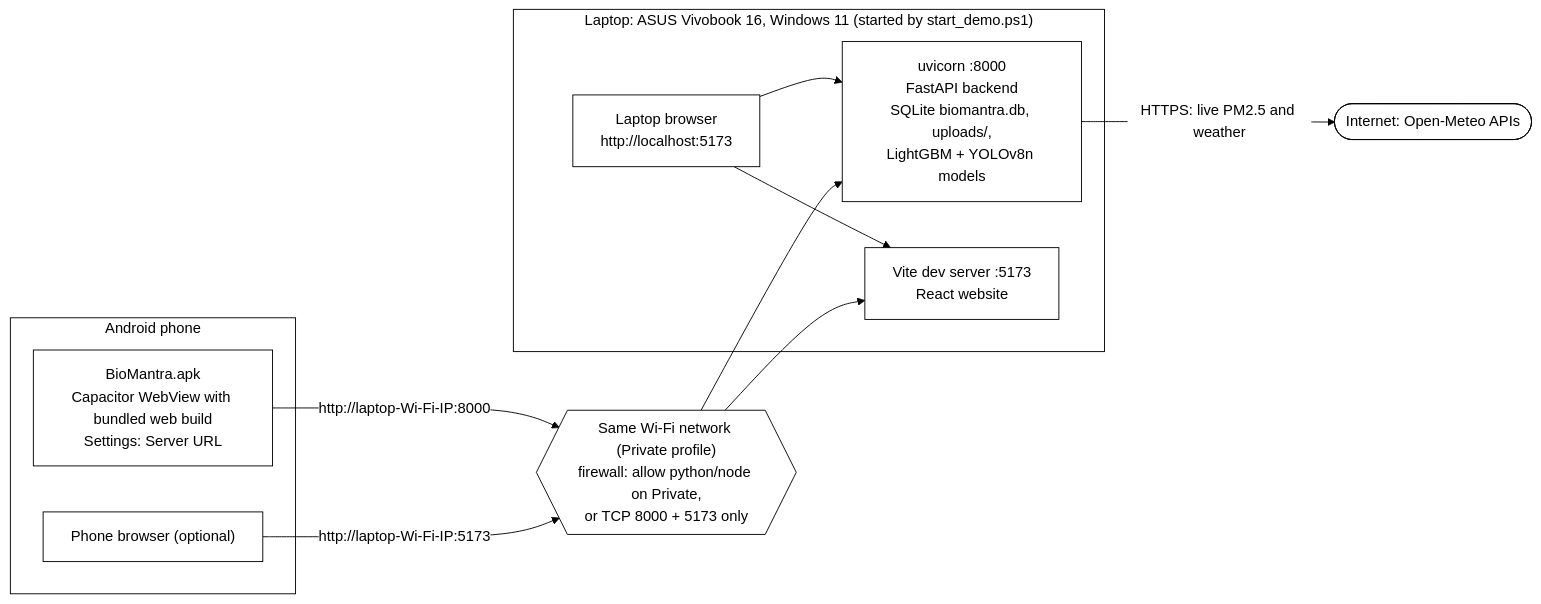
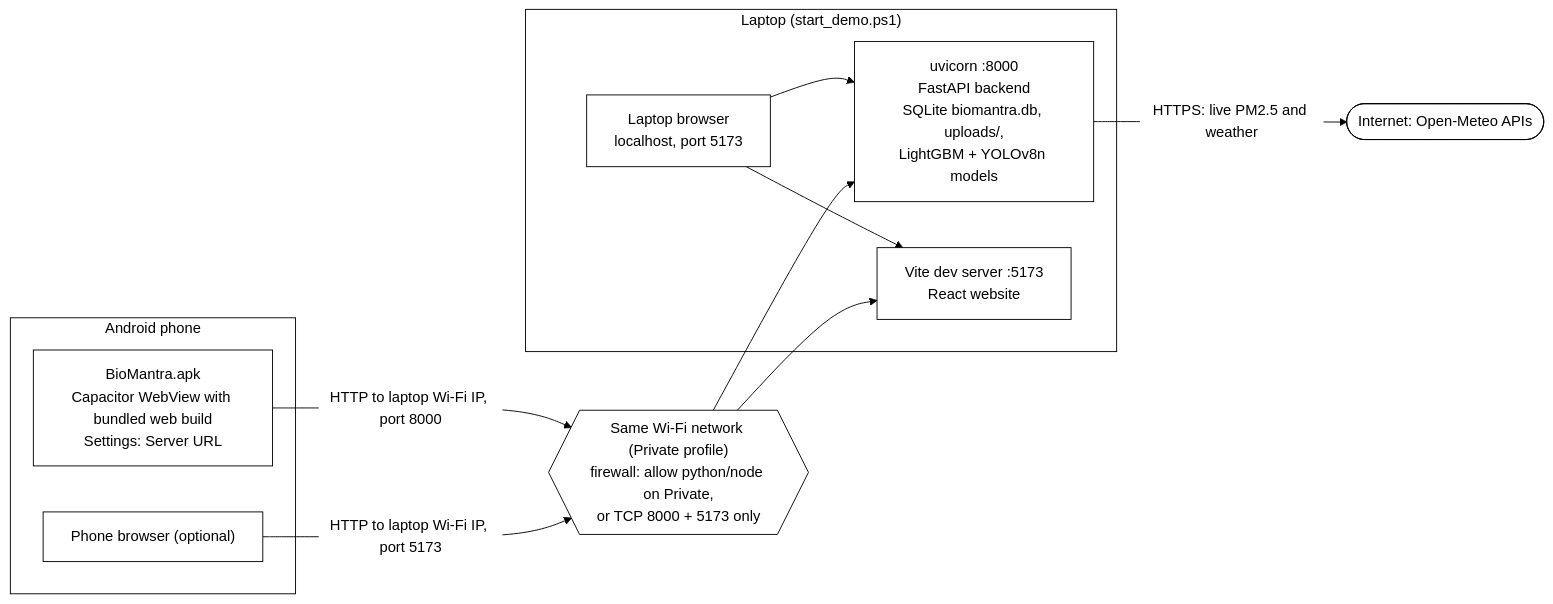
One commit to ArslanML-Dev/biomantra changed the diagram in docs/report_pack/diagrams/07_deployment.mmd. Above: the diagram before and after it, drawn with Mermaid. The commit also changed 3 other files, not shown here.

Commit message:
docs: fix Mermaid labels; report PDF built from the pack

```diff
--- a/docs/report_pack/diagrams/07_deployment.mmd
+++ b/docs/report_pack/diagrams/07_deployment.mmd
@@ -1,20 +1,20 @@
 %%{init: {"theme": "base", "themeVariables": {"background": "#ffffff", "primaryColor": "#ffffff", "primaryTextColor": "#000000", "primaryBorderColor": "#000000", "secondaryColor": "#ffffff", "tertiaryColor": "#ffffff", "lineColor": "#000000", "textColor": "#000000", "mainBkg": "#ffffff", "clusterBkg": "#ffffff", "clusterBorder": "#000000", "edgeLabelBackground": "#ffffff"}}}%%
 flowchart LR
-    subgraph Laptop["Laptop: ASUS Vivobook 16, Windows 11 (started by start_demo.ps1)"]
+    subgraph Laptop["Laptop (start_demo.ps1)"]
         UV["uvicorn :8000<br/>FastAPI backend<br/>SQLite biomantra.db, uploads/,<br/>LightGBM + YOLOv8n models"]
         VITE["Vite dev server :5173<br/>React website"]
-        LB["Laptop browser<br/>http://localhost:5173"]
+        LB["Laptop browser<br/>localhost, port 5173"]
         LB --> VITE
         LB --> UV
     end
     subgraph Phone["Android phone"]
         APK["BioMantra.apk<br/>Capacitor WebView with bundled web build<br/>Settings: Server URL"]
         PB["Phone browser (optional)"]
     end
     WIFI{{"Same Wi-Fi network (Private profile)<br/>firewall: allow python/node on Private,<br/>or TCP 8000 + 5173 only"}}
     NET(["Internet: Open-Meteo APIs"])
-    APK -- "http://laptop-Wi-Fi-IP:8000" --> WIFI
-    PB -- "http://laptop-Wi-Fi-IP:5173" --> WIFI
+    APK -- "HTTP to laptop Wi-Fi IP, port 8000" --> WIFI
+    PB -- "HTTP to laptop Wi-Fi IP, port 5173" --> WIFI
     WIFI --> UV
     WIFI --> VITE
     UV -- "HTTPS: live PM2.5 and weather" --> NET
```
